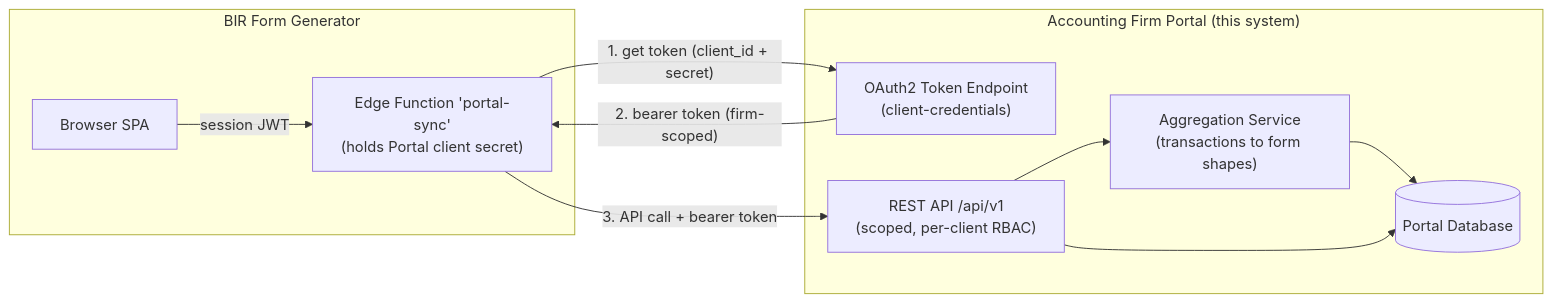
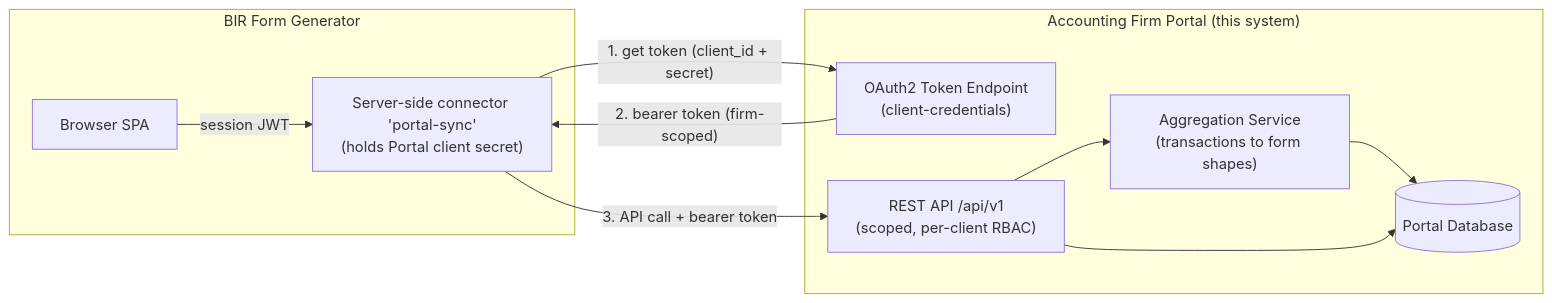
Before and after one commit to markchrc2025/Accounting-Firm-Portal: the first of 5 diagrams in docs/bir-integration-spec.md, drawn with Mermaid. The commit also changed other lines of this file and 1 other file, not shown here.

````diff
--- a/docs/bir-integration-spec.md
+++ b/docs/bir-integration-spec.md
@@ -88,22 +96,22 @@
 ```mermaid
 flowchart LR
     subgraph GEN["BIR Form Generator"]
         BROWSER["Browser SPA"]
-        EF["Edge Function 'portal-sync'<br/>(holds Portal client secret)"]
+        EF["Server-side connector 'portal-sync'<br/>(holds Portal client secret)"]
     end
 
     subgraph PORTAL["Accounting Firm Portal (this system)"]
         OAUTH["OAuth2 Token Endpoint<br/>(client-credentials)"]
         API["REST API /api/v1<br/>(scoped, per-client RBAC)"]
         AGG["Aggregation Service<br/>(transactions to form shapes)"]
         DB[("Portal Database")]
     end
 
     BROWSER -->|"session JWT"| EF
     EF -->|"1. get token (client_id + secret)"| OAUTH
     OAUTH -->|"2. bearer token (firm-scoped)"| EF
     EF -->|"3. API call + bearer token"| API
     API --> AGG
     AGG --> DB
     API --> DB
 ```
````
